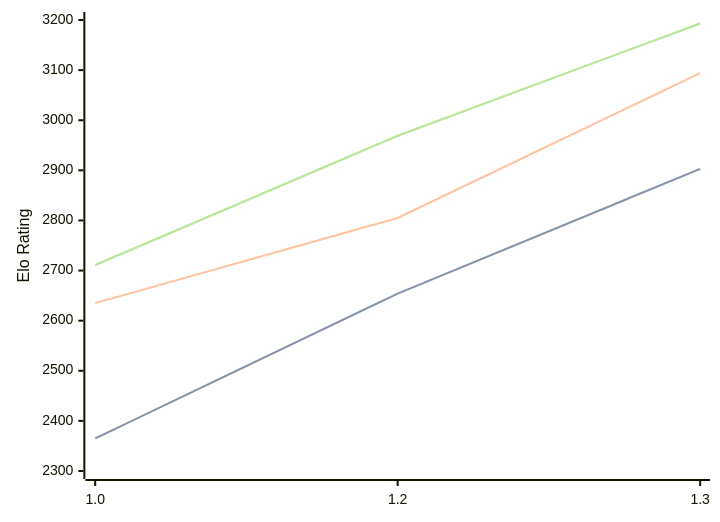
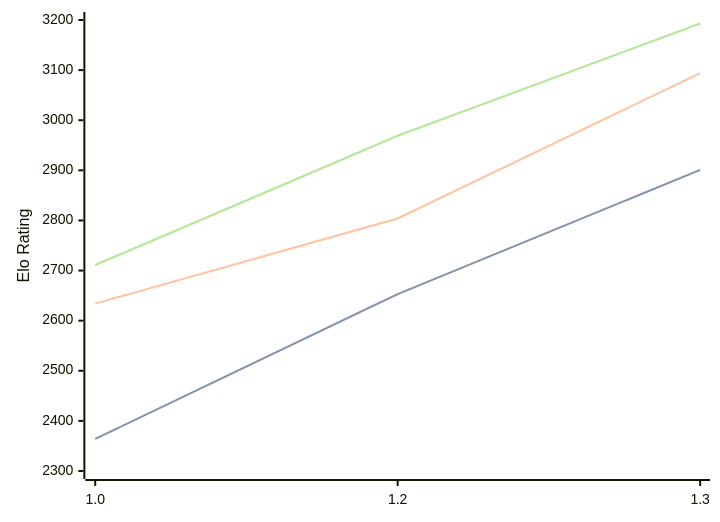
Before and after one commit to computer-chess-index/cci: the diagram in engines/Chessnix.md, drawn with Mermaid. The commit also changed other lines of this file, not shown here.

````diff
--- a/engines/Chessnix.md
+++ b/engines/Chessnix.md
@@ -35,11 +35,11 @@
 ```mermaid
 %%{init: {"theme":"base","themeVariables":{"seriesColors:['#a3a3a3','#222221','#faa371']}}}%%
 xychart-beta
   x-axis ["1.0", "1.2", "1.3"]
   y-axis "Elo Rating" 2300 --> 3200
-  line "STC (8.0+0.08s)" [2365, 2654, 2903]
-  line "STC (8.0+0.08s)" [2365, 2654, 2903]
-  line "LTC (60.0+0.60s)" [2635, 2805, 3094]
+  line "STC (8.0+0.08s)" [2364, 2653, 2901]
+  line "STC (8.0+0.08s)" [2364, 2653, 2901]
+  line "LTC (60.0+0.60s)" [2634, 2804, 3094]
   line "VLTC (2m24s+1.12s)" [2711, 2969, 3193]
   line "VLTC (2m24s+1.12s)" [2711, 2969, 3193]
 ```
````
